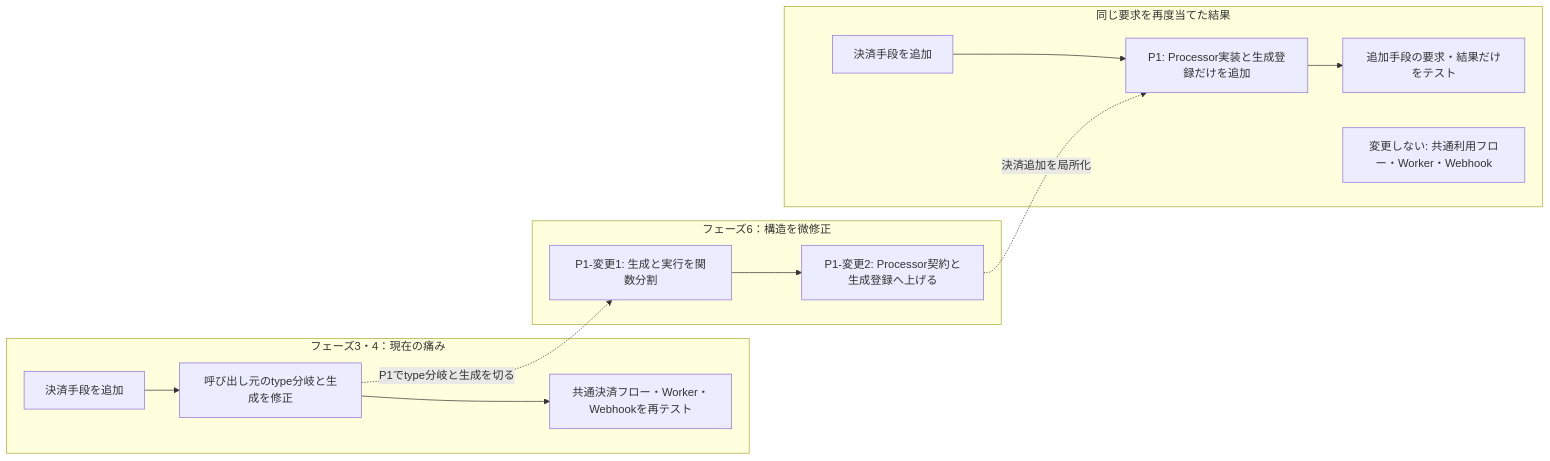
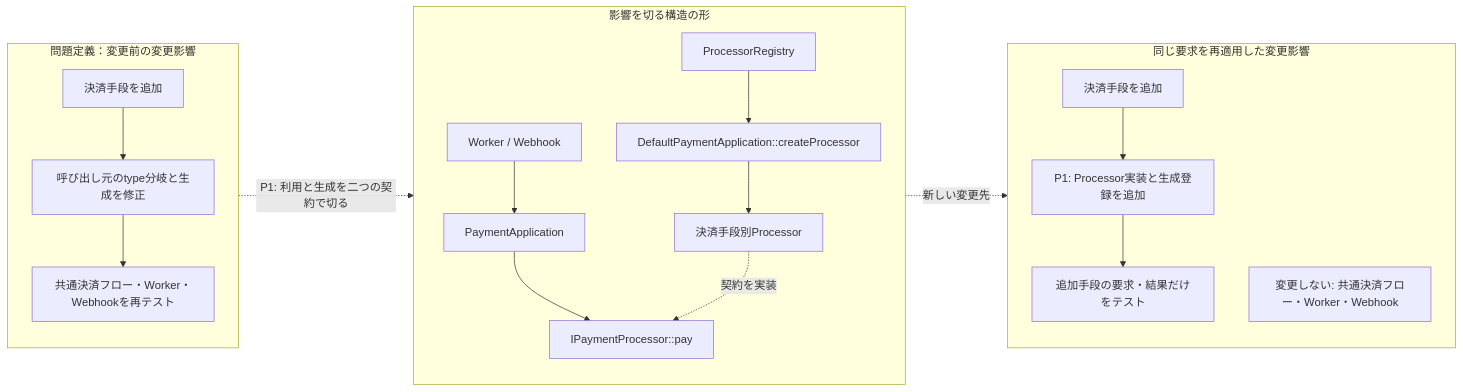
One commit to kumachan1101-pixel/DesignPattern changed the seventh of 14 diagrams in kindle/design-patterns/output/chapter08.md. Above: the diagram before and after it, drawn with Mermaid. The commit also changed other lines of this file and 22 other files, not shown here.

Commit message:
Show structural change in impact diagrams

````diff
--- a/kindle/design-patterns/output/chapter08.md
+++ b/kindle/design-patterns/output/chapter08.md
@@ -1279,17 +1280,24 @@
 ```mermaid
 flowchart LR
-    subgraph Pain["フェーズ3・4：現在の痛み"]
+    subgraph Pain["問題定義：変更前の変更影響"]
+        direction TB
         CR["決済手段を追加"] --> C1["呼び出し元のtype分岐と生成を修正"]
         C1 --> C2["共通決済フロー・Worker・Webhookを再テスト"]
     end
-    subgraph StructuralChange["フェーズ6：構造を微修正"]
-        S1["P1-変更1: 生成と実行を関数分割"] --> S2["P1-変更2: Processor契約と生成登録へ上げる"]
+    subgraph TargetStructure["影響を切る構造の形"]
+        direction TB
+        U["Worker / Webhook"] --> PA["PaymentApplication"]
+        PA --> P["IPaymentProcessor::pay"]
+        PI["決済手段別Processor"] -. "契約を実装" .-> P
+        CPA["DefaultPaymentApplication::createProcessor"] --> PI
+        Reg["ProcessorRegistry"] --> CPA
     end
-    subgraph Result["同じ要求を再度当てた結果"]
-        IR["決済手段を追加"] --> I1["P1: Processor実装と生成登録だけを追加"]
+    subgraph Result["同じ要求を再適用した変更影響"]
+        direction TB
+        IR["決済手段を追加"] --> I1["P1: Processor実装と生成登録を追加"]
         I1 --> I2["追加手段の要求・結果だけをテスト"]
-        IS["変更しない: 共通利用フロー・Worker・Webhook"]
+        IS["変更しない: 共通決済フロー・Worker・Webhook"]
     end
-    C1 -. "P1でtype分岐と生成を切る" .-> S1
-    S2 -. "決済追加を局所化" .-> I1
+    C1 -. "P1: 利用と生成を二つの契約で切る" .-> P
+    PI -. "新しい変更先" .-> I1
 ```
````
